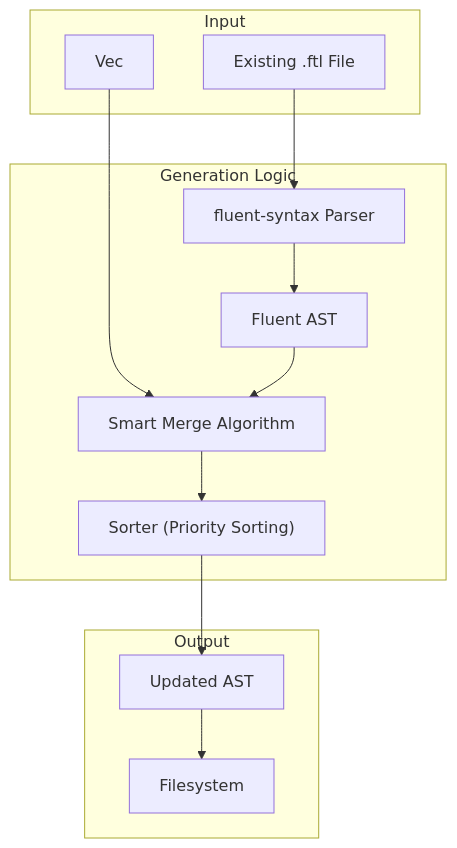
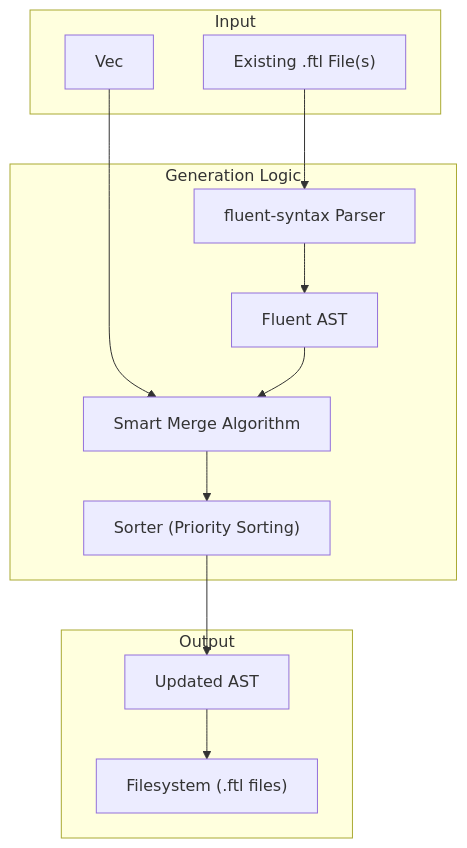
One commit to stayhydated/es-fluent changed the diagram in crates/es-fluent-generate/docs/ARCHITECTURE.md. Above: the diagram before and after it, drawn with Mermaid. The commit also changed other lines of this file and 47 other files, not shown here.

````diff
--- a/crates/es-fluent-generate/docs/ARCHITECTURE.md
+++ b/crates/es-fluent-generate/docs/ARCHITECTURE.md
@@ -13,27 +13,27 @@
 ```mermaid
 flowchart TD
     subgraph INPUT["Input"]
         TYPES["Vec<FtlTypeInfo>"]
-        FILE["Existing .ftl File"]
+        FILE["Existing .ftl File(s)"]
     end
 
     subgraph LOGIC["Generation Logic"]
         PARSE["fluent-syntax Parser"]
         AST["Fluent AST"]
         MERGE["Smart Merge Algorithm"]
         SORT["Sorter (Priority Sorting)"]
     end
 
     subgraph OUTPUT["Output"]
         NEW_AST["Updated AST"]
-        DISK["Filesystem"]
+        DISK["Filesystem (.ftl files)"]
     end
 
     TYPES --> MERGE
     FILE --> PARSE
     PARSE --> AST
     AST --> MERGE
     MERGE --> SORT
     SORT --> NEW_AST
     NEW_AST --> DISK
 ```
````
